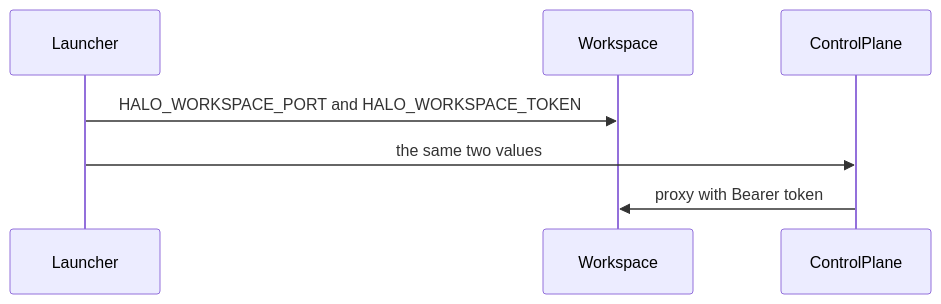
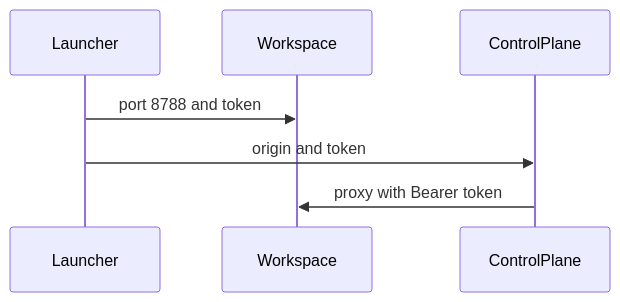
Diagram 11 of 12 in specs/dev-electron-control-plane.md (cashew-labs/halo), drawn with Mermaid before and after one commit. The commit also changed other lines of this file, not shown here.

Commit message:
Shorten the environment labels in the phase 4 and 5 diagrams.

````diff
--- a/specs/dev-electron-control-plane.md
+++ b/specs/dev-electron-control-plane.md
@@ -951,13 +951,13 @@
 ```mermaid
 sequenceDiagram
   participant Launcher
   participant Workspace
   participant ControlPlane
-  Launcher->>Workspace: HALO_WORKSPACE_PORT and HALO_WORKSPACE_TOKEN
-  Launcher->>ControlPlane: the same two values
+  Launcher->>Workspace: port 8788 and token
+  Launcher->>ControlPlane: origin and token
   ControlPlane->>Workspace: proxy with Bearer token
   %% ref node:Launcher [[package.json]]
   %% ref node:Workspace [[packages/config/src/workspaceServer.ts#readDevelopmentConfig]]
   %% ref node:ControlPlane [[packages/config/src/controlPlane.ts#readDevelopmentConfig]]
   %% ref edge:2 [[apps/control-plane/src/workspace/WorkspaceService.ts#WorkspaceService.getConnection]]
 ```
````
